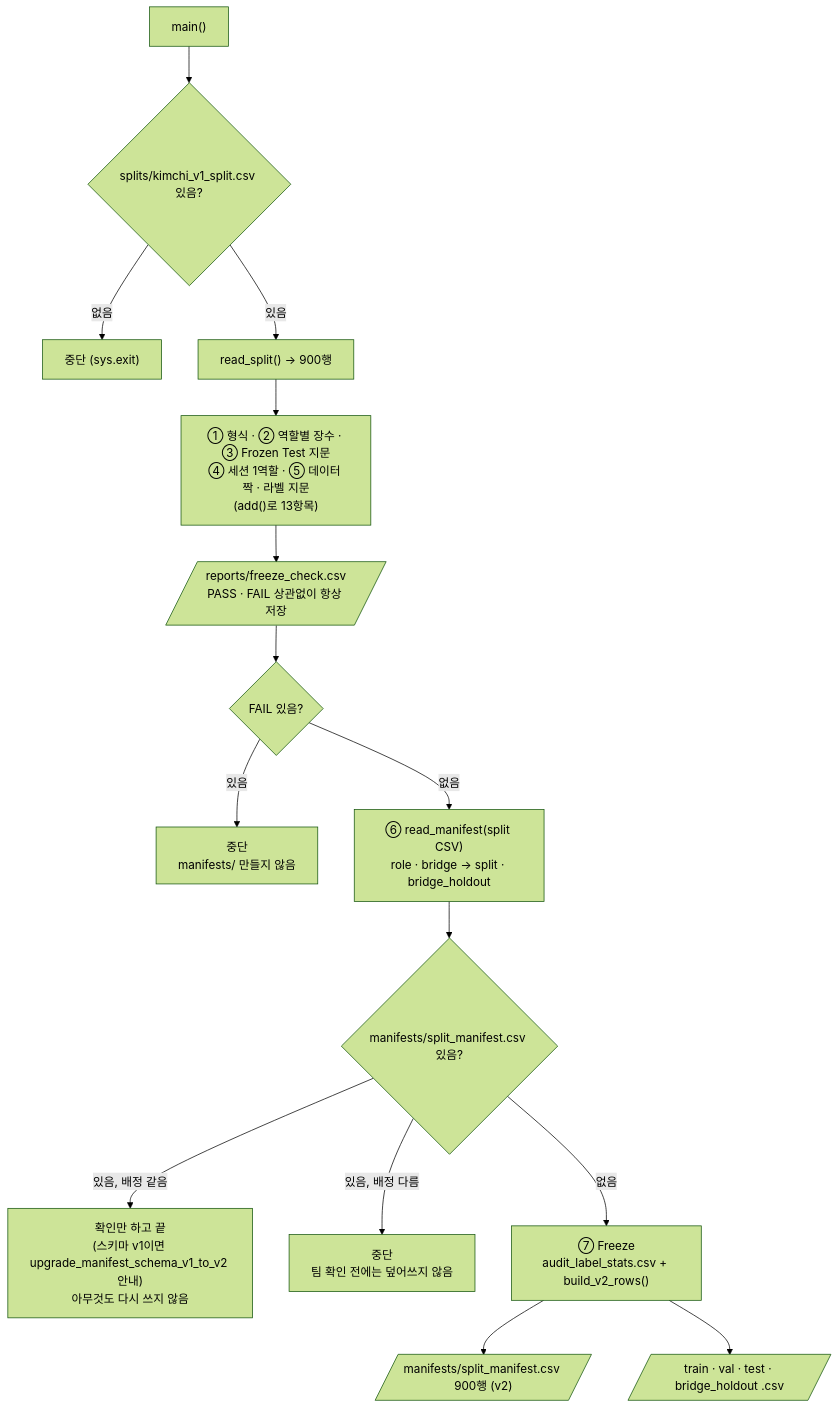
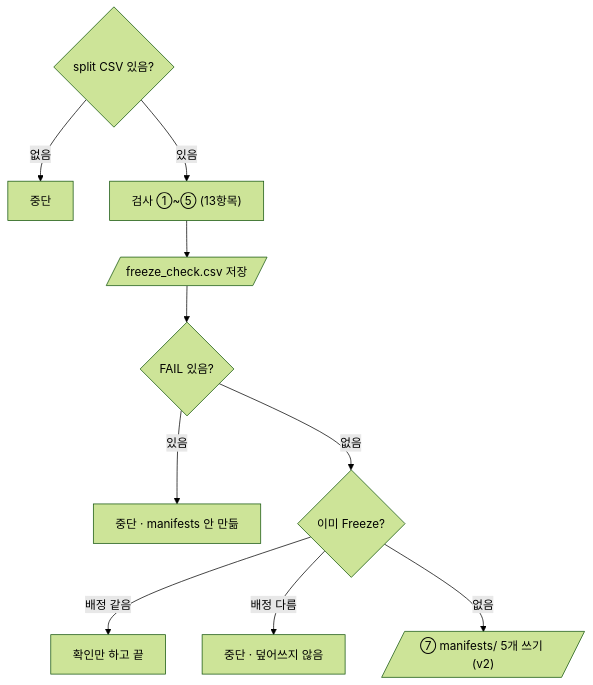
The diagram in prj08/docs/code_review/scripts/06_freeze_split.md (howolcat/prj2026.10), drawn with Mermaid (forest theme) before and after one commit. The commit also changed other lines of this file and 25 other files, not shown here.

````diff
--- a/prj08/docs/code_review/scripts/06_freeze_split.md
+++ b/prj08/docs/code_review/scripts/06_freeze_split.md
@@ -37,17 +33,12 @@
 ```mermaid
 flowchart TD
-    A["main()"] --> B{"splits/kimchi_v1_split.csv 있음?"}
-    B -->|없음| X["중단 (sys.exit)"]
-    B -->|있음| C["read_split() → 900행"]
-    C --> D["① 형식 · ② 역할별 장수 · ③ Frozen Test 지문<br/>④ 세션 1역할 · ⑤ 데이터 짝 · 라벨 지문<br/>(add()로 13항목)"]
-    D --> E[/"reports/freeze_check.csv<br/>PASS · FAIL 상관없이 항상 저장"/]
-    E --> F{"FAIL 있음?"}
-    F -->|있음| G["중단<br/>manifests/ 만들지 않음"]
-    F -->|없음| G2["⑥ read_manifest(split CSV)<br/>role · bridge → split · bridge_holdout"]
-    G2 --> H{"manifests/split_manifest.csv 있음?"}
-    H -->|있음, 배정 같음| I["확인만 하고 끝<br/>(스키마 v1이면 upgrade_manifest_schema_v1_to_v2 안내)<br/>아무것도 다시 쓰지 않음"]
-    H -->|있음, 배정 다름| J["중단<br/>팀 확인 전에는 덮어쓰지 않음"]
-    H -->|없음| K["⑦ Freeze<br/>audit_label_stats.csv + build_v2_rows()"]
-    K --> L[/"manifests/split_manifest.csv 900행 (v2)"/]
-    K --> M[/"train · val · test · bridge_holdout .csv"/]
+    A{"split CSV 있음?"} -->|없음| X["중단"]
+    A -->|있음| B["검사 ①~⑤ (13항목)"]
+    B --> C[/"freeze_check.csv 저장"/]
+    C --> D{"FAIL 있음?"}
+    D -->|있음| Y["중단 · manifests 안 만듦"]
+    D -->|없음| E{"이미 Freeze?"}
+    E -->|배정 같음| F["확인만 하고 끝"]
+    E -->|배정 다름| Z["중단 · 덮어쓰지 않음"]
+    E -->|없음| G[/"⑦ manifests/ 5개 쓰기 (v2)"/]
 ```
````
